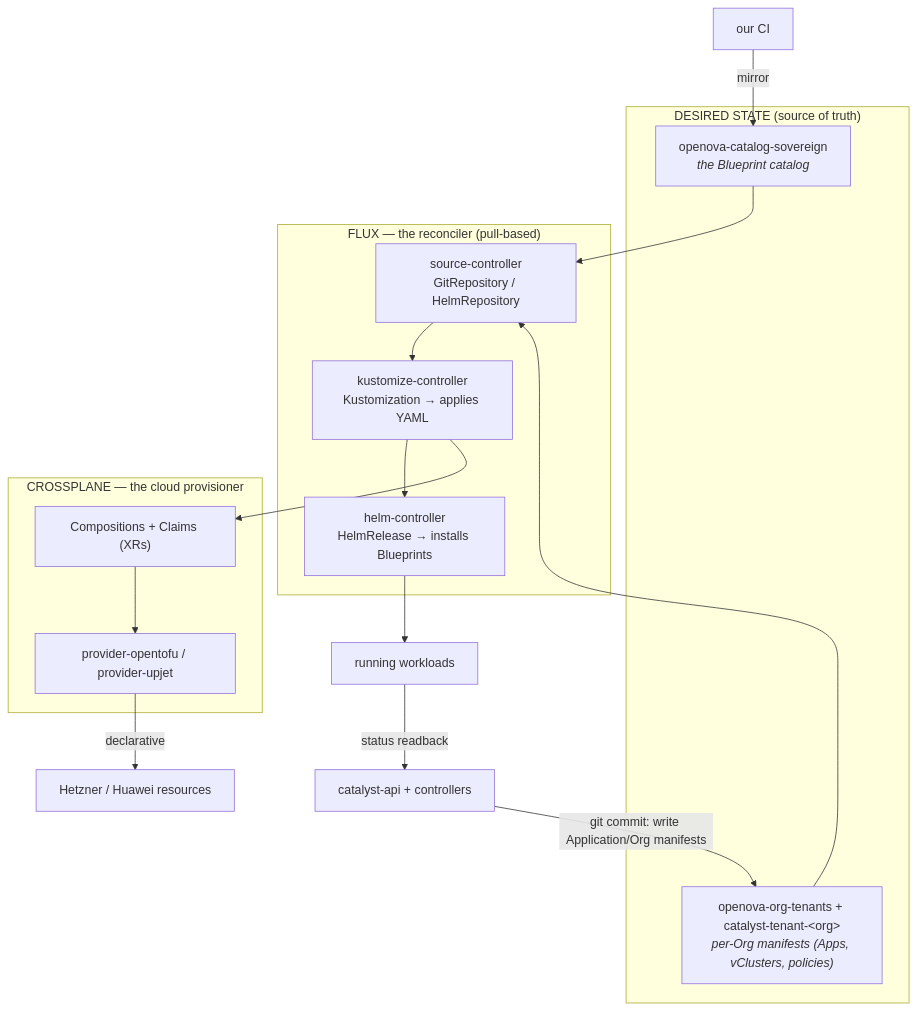
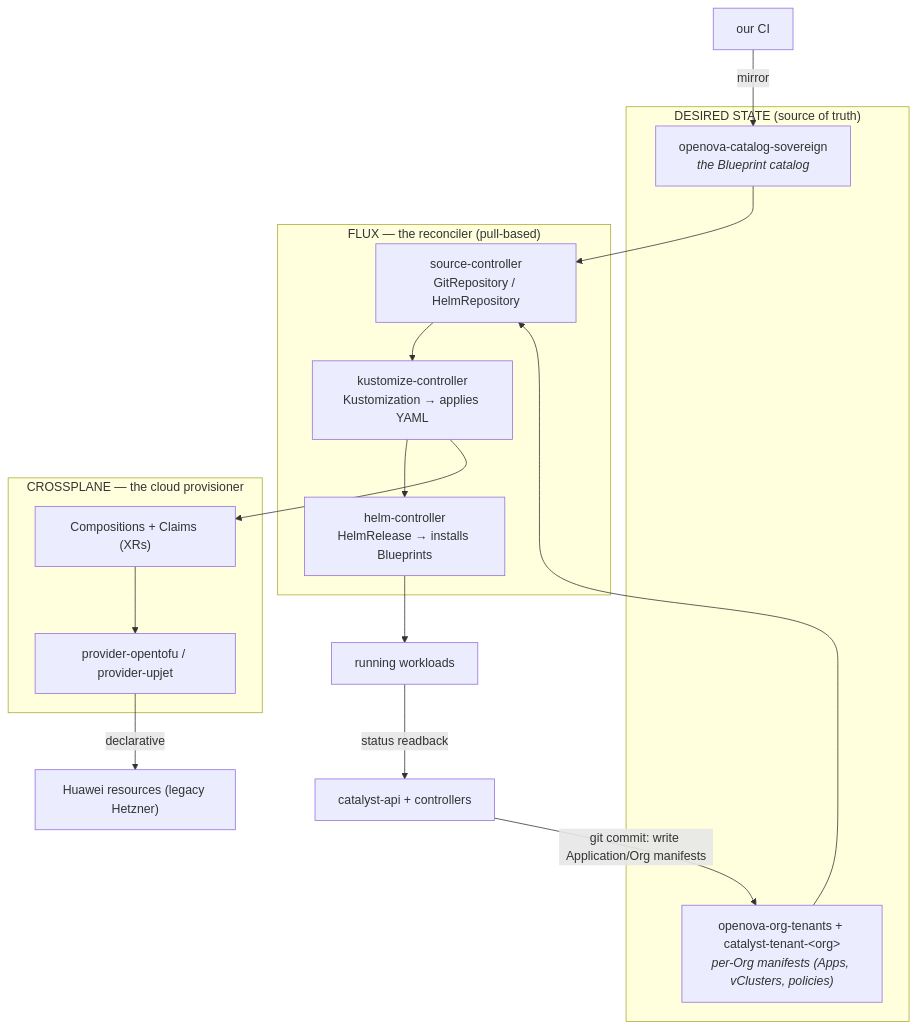
One commit to openova-io/openova changed the fifth of 16 diagrams in docs/SYSTEM-DESIGN.md. Above: the diagram before and after it, drawn with Mermaid. The commit also changed other lines of this file and 101 other files, not shown here.

````diff
--- a/docs/SYSTEM-DESIGN.md
+++ b/docs/SYSTEM-DESIGN.md
@@ -161,22 +161,22 @@
 ```mermaid
 graph TB
   subgraph Desired["DESIRED STATE (source of truth)"]
     GC["openova-catalog-sovereign<br/><i>the Blueprint catalog</i>"]
     GT["openova-org-tenants + catalyst-tenant-&lt;org&gt;<br/><i>per-Org manifests (Apps, vClusters, policies)</i>"]
   end
   subgraph GitEngine["FLUX — the reconciler (pull-based)"]
     SRC["source-controller<br/>GitRepository / HelmRepository"]
     KUST["kustomize-controller<br/>Kustomization → applies YAML"]
     HELM["helm-controller<br/>HelmRelease → installs Blueprints"]
   end
   subgraph CloudEngine["CROSSPLANE — the cloud provisioner"]
     XRD["Compositions + Claims (XRs)"]
     XPROV["provider-opentofu / provider-upjet"]
   end
   API["catalyst-api + controllers"] -->|"git commit: write Application/Org manifests"| GT
   US["our CI"] -->|"mirror"| GC
   GC --> SRC; GT --> SRC
   SRC --> KUST --> HELM --> RUN["running workloads"]
-  KUST --> XRD --> XPROV -->|"declarative"| CLOUD["Hetzner / Huawei resources"]
+  KUST --> XRD --> XPROV -->|"declarative"| CLOUD["Huawei resources (legacy Hetzner)"]
   RUN -->|"status readback"| API
 ```
````
